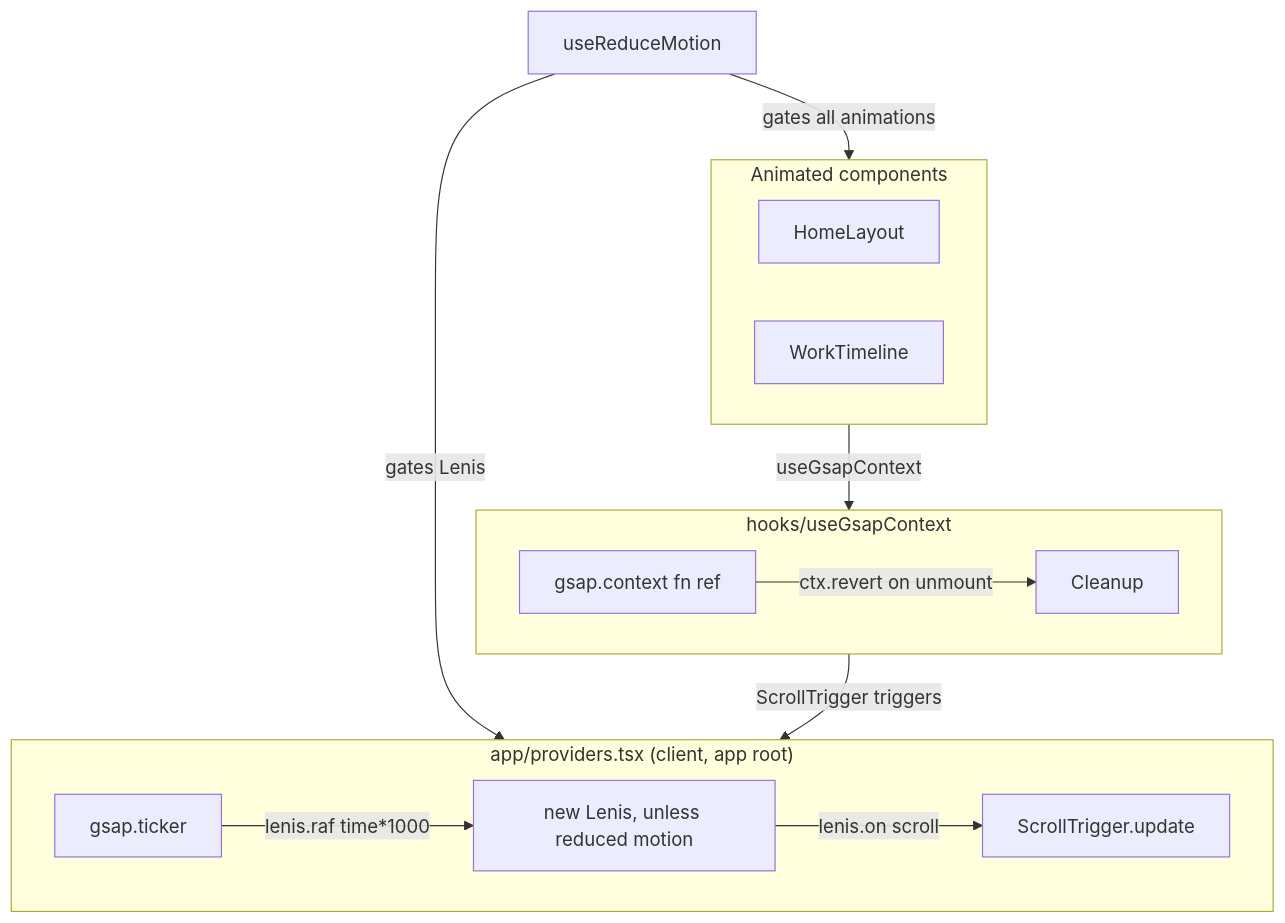
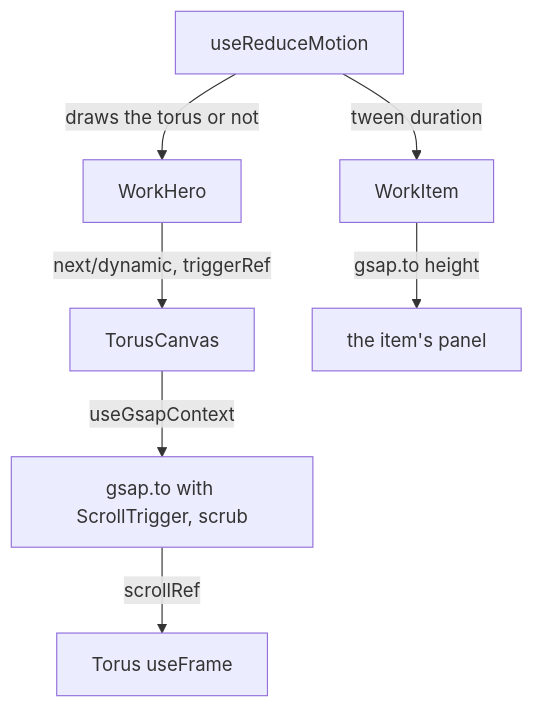
One commit to LuigiEspinosa/cuatro-portfolio changed the third of 3 diagrams in README.md. Above: the diagram before and after it, drawn with Mermaid. The commit also changed other lines of this file and 20 other files, not shown here.

Commit message:
fix(dw-36): remove Lenis and the root providers, and load ScrollTrigger only with the /work torus

````diff
--- a/README.md
+++ b/README.md
@@ -127,24 +132,9 @@
 ```mermaid
 flowchart TD
-    subgraph providers["app/providers.tsx (client, app root)"]
-        L[new Lenis, unless reduced motion]
-        T[gsap.ticker]
-        L -->|lenis.on scroll| ST[ScrollTrigger.update]
-        T -->|lenis.raf time*1000| L
-    end
-
-    subgraph hook["hooks/useGsapContext"]
-        CTX[gsap.context fn ref]
-        CTX -->|ctx.revert on unmount| CLEAN[Cleanup]
-    end
-
-    subgraph components["Animated components"]
-        HL[HomeLayout]
-        WT[WorkTimeline]
-    end
-
-    RM[useReduceMotion] -->|gates all animations| components
-    RM -->|gates Lenis| providers
-    components -->|useGsapContext| hook
-    hook -->|ScrollTrigger triggers| providers
+    RM[useReduceMotion] -->|draws the torus or not| WH[WorkHero]
+    RM -->|tween duration| WI[WorkItem]
+    WH -->|next/dynamic, triggerRef| TC[TorusCanvas]
+    TC -->|useGsapContext| ST[gsap.to with ScrollTrigger, scrub]
+    ST -->|scrollRef| T[Torus useFrame]
+    WI -->|gsap.to height| P[the item's panel]
 ```
````
